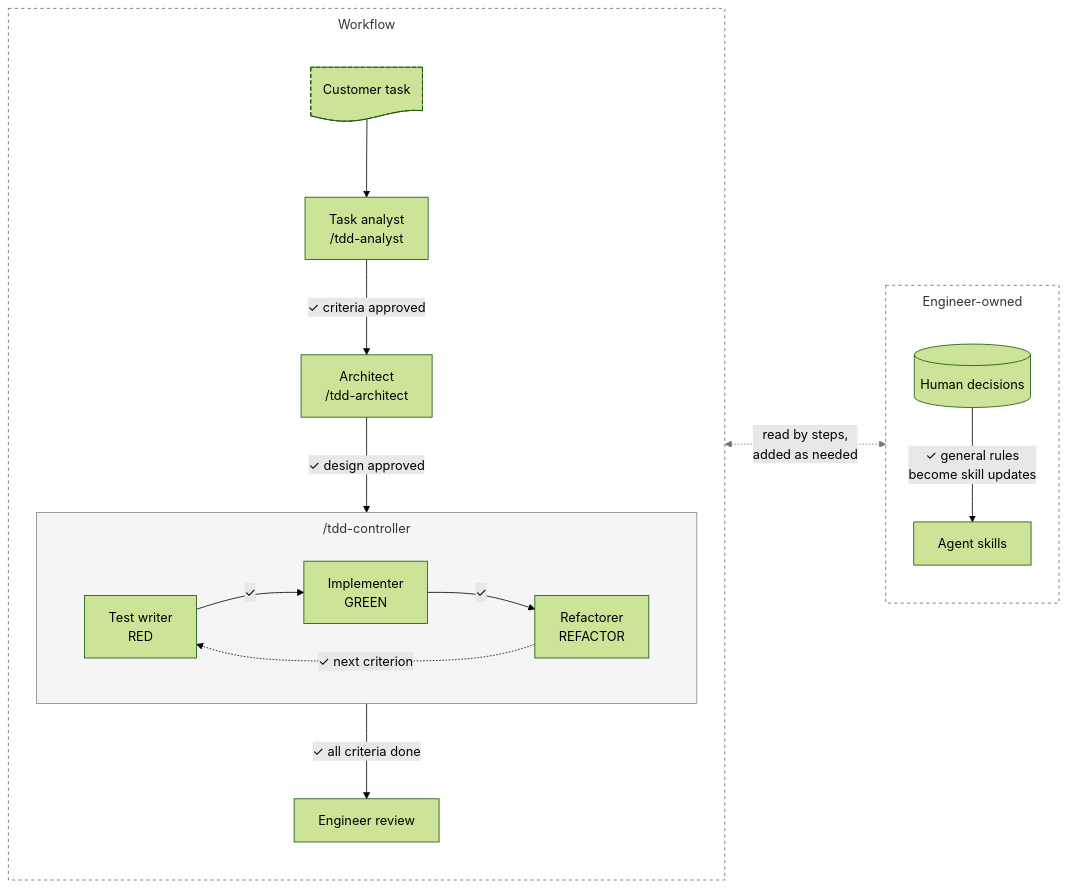
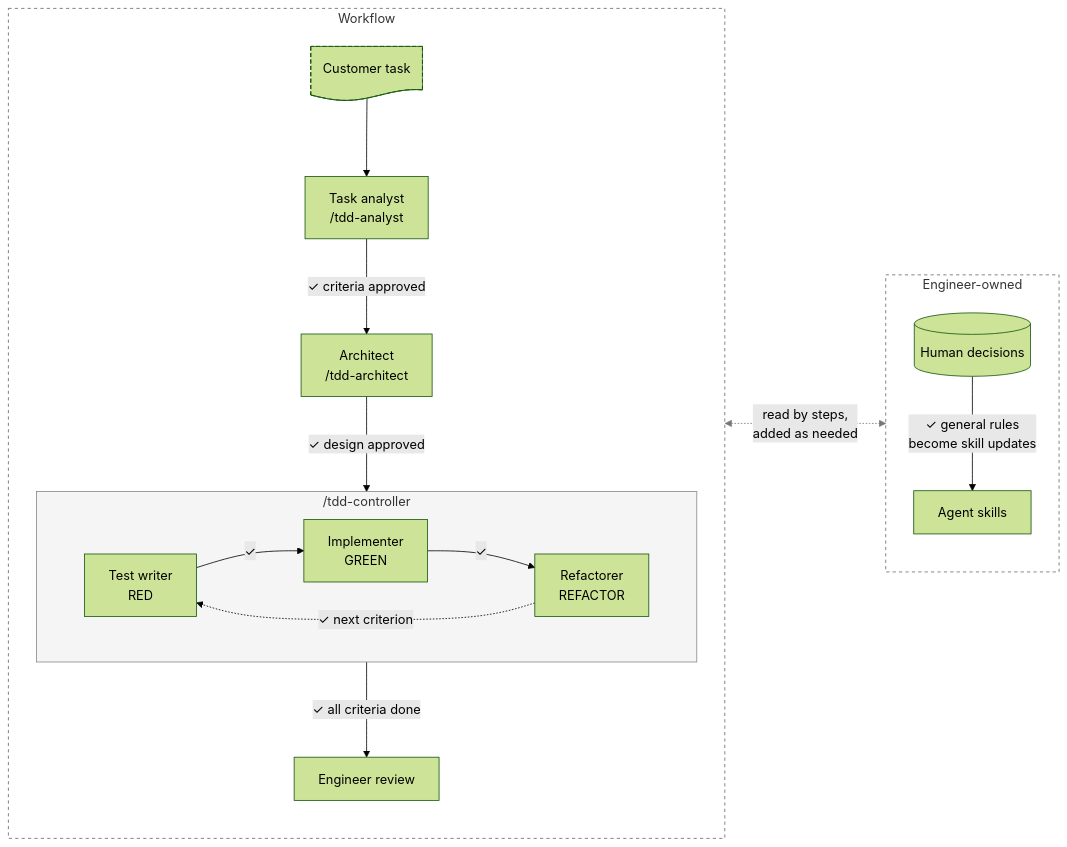
Before and after one commit to michal-pekala/AgenticTDD: the diagram in README.md, drawn with Mermaid (forest theme).

Commit message:
Remove group title margins that misplace labels on GitHub
GitHub's renderer shifts the boxes inside a group by the title margin but
not the edge labels, so the labels ended up next to the arrowheads.

````diff
--- a/README.md
+++ b/README.md
@@ -12,38 +12,38 @@
 ```mermaid
-%%{init: {"flowchart": {"rankSpacing": 70, "subGraphTitleMargin": {"top": 8, "bottom": 18}}}}%%
+%%{init: {"flowchart": {"rankSpacing": 70}}}%%
 flowchart LR
     subgraph WF ["Workflow"]
         direction TB
         T@{ shape: doc, label: "Customer task" }
         T --> A["Task analyst<br/>/tdd-analyst"]
         A -->|"✓ criteria approved"| R["Architect<br/>/tdd-architect"]
         R -->|"✓ design approved"| C
 
         subgraph C ["/tdd-controller"]
             direction LR
             W["Test writer<br/>RED"]
             I["Implementer<br/>GREEN"]
             F["Refactorer<br/>REFACTOR"]
             W -->|"✓"| I
             I -->|"✓"| F
             F -.->|"✓ next criterion"| W
         end
 
         C -->|"✓ all criteria done"| E["Engineer review"]
     end
 
     subgraph H ["Engineer-owned"]
         direction TB
         D[("Human decisions")]
         S["Agent skills"]
         D -->|"✓ general rules<br/>become skill updates"| S
     end
 
     WF <-.->|"read by steps,<br/>added as needed"| H
 
     linkStyle 8 stroke:#777,stroke-width:1px
     style WF fill:none,stroke:#666,stroke-dasharray:4 4
     style H fill:none,stroke:#666,stroke-dasharray:4 4
     style C fill:#80808014,stroke:#888
     style T stroke-dasharray:5 3
 ```
````
